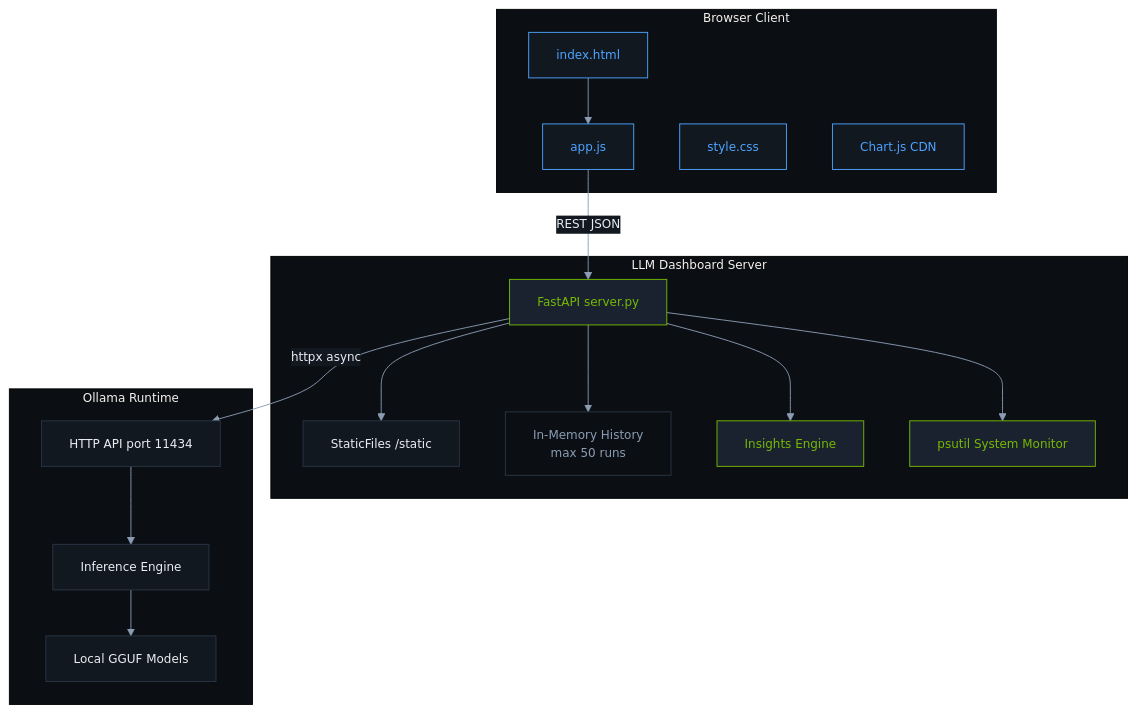
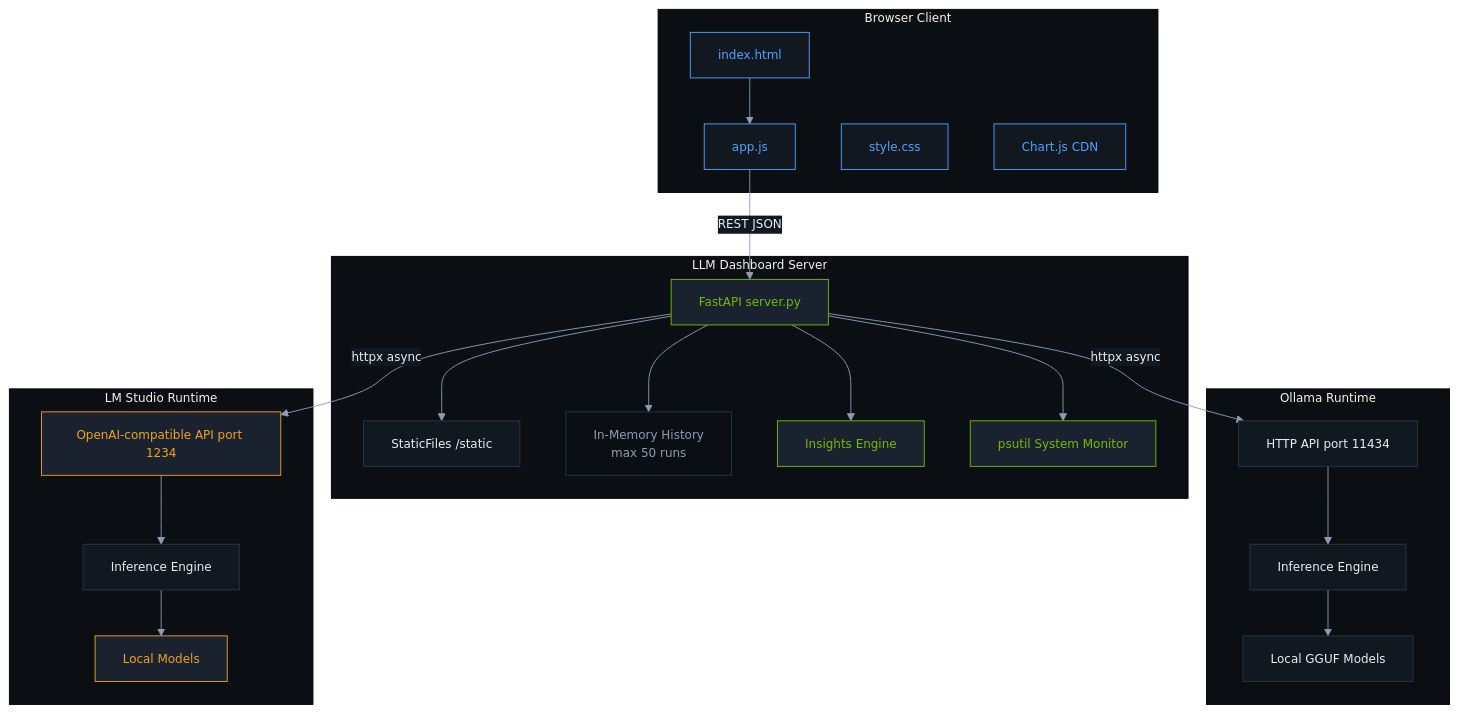
The first of 12 diagrams in DOCUMENTATION.md (vampokala/llm-dashboard), drawn with Mermaid before and after one commit. The commit also changed other lines of this file and 3 other files, not shown here.

````diff
--- a/DOCUMENTATION.md
+++ b/DOCUMENTATION.md
@@ -76,45 +78,56 @@
 ```mermaid
 %%{init: {"theme": "base", "themeVariables": {"primaryColor": "#1a2230", "primaryTextColor": "#e8edf4", "primaryBorderColor": "#2a3544", "lineColor": "#8b9cb3", "secondaryColor": "#121820", "tertiaryColor": "#0b0f14", "fontSize": "13px"}}}%%
 flowchart TB
     subgraph Browser["Browser Client"]
         HTML["index.html"]
         JS["app.js"]
         CSS["style.css"]
         ChartJS["Chart.js CDN"]
     end
 
     subgraph Dashboard["LLM Dashboard Server"]
         FastAPI["FastAPI server.py"]
         Static["StaticFiles /static"]
         History["In-Memory History<br/>max 50 runs"]
         Insights["Insights Engine"]
         Psutil["psutil System Monitor"]
     end
 
     subgraph Ollama["Ollama Runtime"]
         OllamaAPI["HTTP API port 11434"]
-        Models["Local GGUF Models"]
-        Inference["Inference Engine"]
+        OllamaModels["Local GGUF Models"]
+        OllamaInference["Inference Engine"]
+    end
+
+    subgraph LMStudio["LM Studio Runtime"]
+        LMSAPI["OpenAI-compatible API port 1234"]
+        LMSModels["Local Models"]
+        LMSInference["Inference Engine"]
     end
 
     HTML --> JS
     JS -->|"REST JSON"| FastAPI
     FastAPI --> Static
     FastAPI --> History
     FastAPI --> Insights
     FastAPI --> Psutil
     FastAPI -->|"httpx async"| OllamaAPI
-    OllamaAPI --> Inference
-    Inference --> Models
+    FastAPI -->|"httpx async"| LMSAPI
+    OllamaAPI --> OllamaInference
+    OllamaInference --> OllamaModels
+    LMSAPI --> LMSInference
+    LMSInference --> LMSModels
 
     classDef info fill:#121820,stroke:#4da3ff,color:#4da3ff
     classDef accent fill:#1a2230,stroke:#76b900,color:#76b900
     classDef surface fill:#121820,stroke:#2a3544,color:#e8edf4
     classDef muted fill:#0b0f14,stroke:#2a3544,color:#8b9cb3
+    classDef warn fill:#1a2230,stroke:#f0a020,color:#f0a020
 
     class HTML,JS,CSS,ChartJS info
     class FastAPI,Insights,Psutil accent
-    class Static,Inference surface
+    class Static,OllamaInference,LMSInference surface
     class History muted
-    class OllamaAPI,Models surface
+    class OllamaAPI,OllamaModels surface
+    class LMSAPI,LMSModels warn
 ```
````
